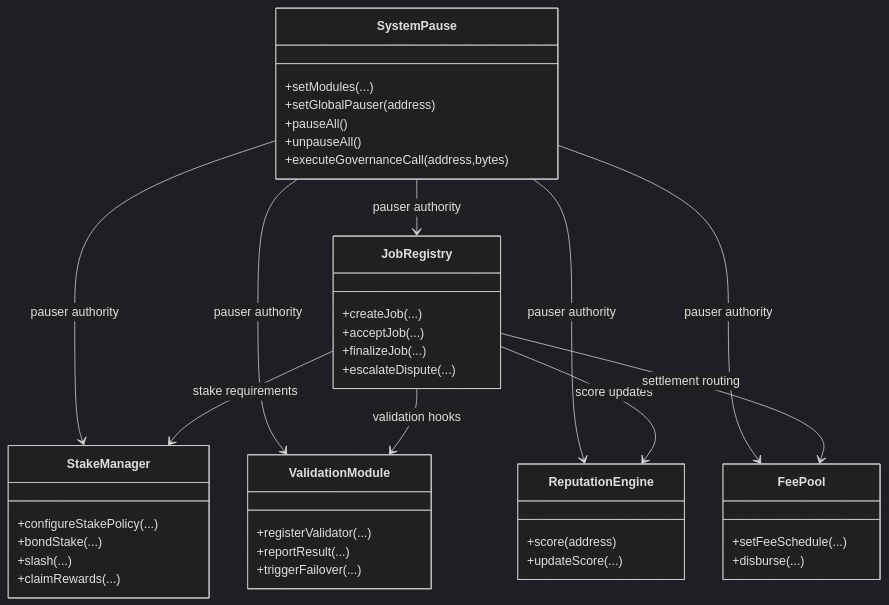
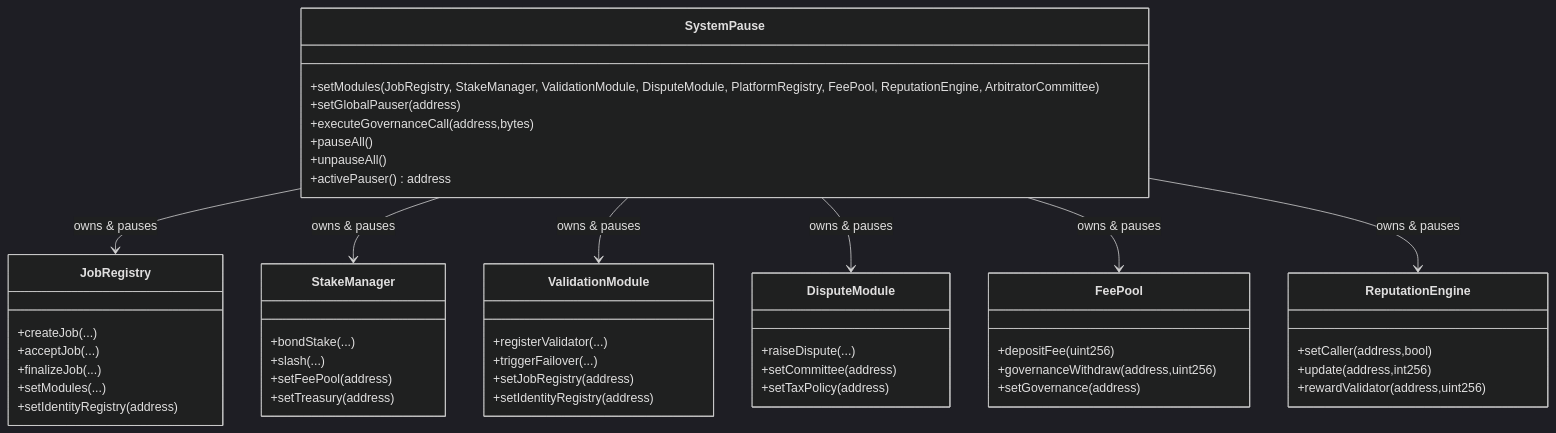
One commit to MontrealAI/agijobs-sovereign-labor-v0p1 changed the first of 2 diagrams in contracts/README.md. Above: the diagram before and after it, drawn with Mermaid (dark theme). The commit also changed other lines of this file and 8 other files, not shown here.

````diff
--- a/contracts/README.md
+++ b/contracts/README.md
@@ -5,45 +5,51 @@
 ```mermaid
 classDiagram
     class SystemPause {
-        +setModules(...)
+        +setModules(JobRegistry, StakeManager, ValidationModule, DisputeModule, PlatformRegistry, FeePool, ReputationEngine, ArbitratorCommittee)
         +setGlobalPauser(address)
+        +executeGovernanceCall(address,bytes)
         +pauseAll()
         +unpauseAll()
-        +executeGovernanceCall(address,bytes)
+        +activePauser() address
     }
     class JobRegistry {
         +createJob(...)
         +acceptJob(...)
         +finalizeJob(...)
-        +escalateDispute(...)
+        +setModules(...)
+        +setIdentityRegistry(address)
     }
     class StakeManager {
-        +configureStakePolicy(...)
         +bondStake(...)
         +slash(...)
-        +claimRewards(...)
+        +setFeePool(address)
+        +setTreasury(address)
     }
     class ValidationModule {
         +registerValidator(...)
-        +reportResult(...)
         +triggerFailover(...)
+        +setJobRegistry(address)
+        +setIdentityRegistry(address)
+    }
+    class DisputeModule {
+        +raiseDispute(...)
+        +setCommittee(address)
+        +setTaxPolicy(address)
     }
     class FeePool {
-        +setFeeSchedule(...)
-        +disburse(...)
+        +depositFee(uint256)
+        +governanceWithdraw(address,uint256)
+        +setGovernance(address)
     }
     class ReputationEngine {
-        +score(address)
-        +updateScore(...)
+        +setCaller(address,bool)
+        +update(address,int256)
+        +rewardValidator(address,uint256)
     }
-
-    SystemPause --> JobRegistry : pauser authority
-    SystemPause --> StakeManager : pauser authority
-    SystemPause --> ValidationModule : pauser authority
-    SystemPause --> FeePool : pauser authority
-    SystemPause --> ReputationEngine : pauser authority
-    JobRegistry --> StakeManager : stake requirements
-    JobRegistry --> ValidationModule : validation hooks
-    JobRegistry --> ReputationEngine : score updates
-    JobRegistry --> FeePool : settlement routing
+    SystemPause --> JobRegistry : owns & pauses
+    SystemPause --> StakeManager : owns & pauses
+    SystemPause --> ValidationModule : owns & pauses
+    SystemPause --> DisputeModule : owns & pauses
+    SystemPause --> FeePool : owns & pauses
+    SystemPause --> ReputationEngine : owns & pauses
 ```
````
